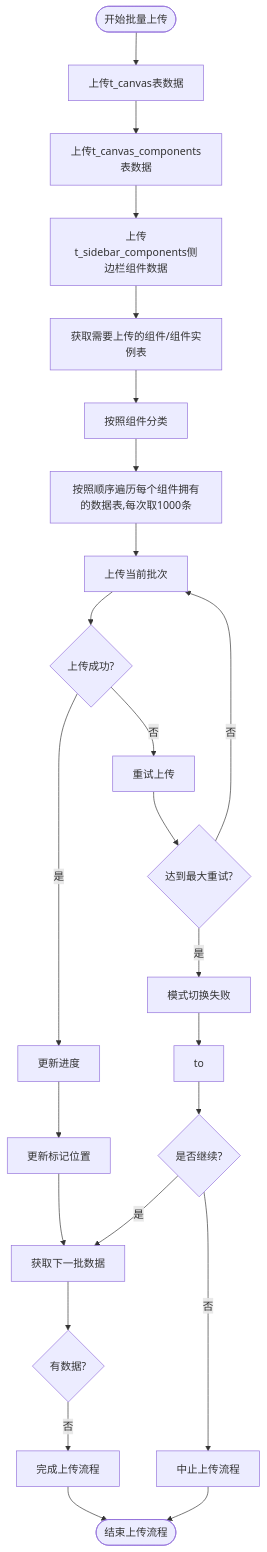
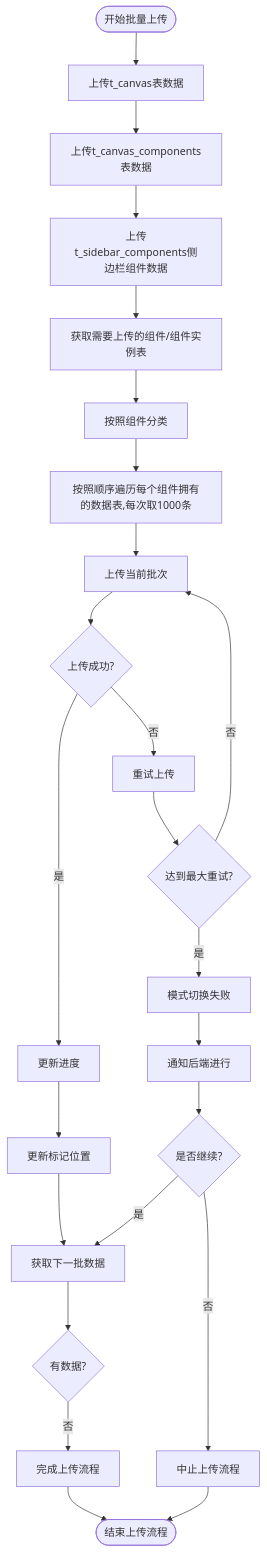
The diagram in all/未命名-51.md (yingjianzh/iodraw-files), drawn with Mermaid before and after one commit.

Commit message:
2025-05-08 17:35:47 update

````diff
--- a/all/未命名-51.md
+++ b/all/未命名-51.md
@@ -1,35 +1,35 @@
 ```mermaid
 flowchart TD
     Start([开始批量上传]) --> UploadSpaceData[上传t_canvas表数据]
     UploadSpaceData --> UploadComponentListData[上传t_canvas_components表数据]
     UploadComponentListData --> UploadSiderComponent[上传t_sidebar_components侧边栏组件数据]
     UploadSiderComponent --> FetchData[获取需要上传的组件/组件实例表]
     FetchData --> ClassifyData[按照组件分类]
     ClassifyData --> UploadData[按照顺序遍历每个组件拥有的数据表,每次取1000条]
     UploadData --> UploadBatch[上传当前批次]
     
     UpdateProgress --> UpdateMarker[更新标记位置]
     UpdateMarker --> FetchNextBatch[获取下一批数据]
     
     FetchNextBatch --> CheckResults{有数据?}
     CheckResults -->|否| CompleteUpload[完成上传流程]
      
     
     UploadBatch --> UploadSuccess{上传成功?}
     UploadSuccess -->|是| UpdateProgress[更新进度]
     UploadSuccess -->|否| RetryUpload[重试上传]
     
     RetryUpload --> MaxRetries{达到最大重试?}
     MaxRetries -->|否| UploadBatch
     MaxRetries -->|是| ErrorHandling[模式切换失败]
     
-    ErrorHandling --> ReportError[to]
+    ErrorHandling --> ReportError[通知后端进行]
     ReportError --> ContinueOption{是否继续?}
     ContinueOption -->|是| FetchNextBatch
     ContinueOption -->|否| AbortProcess[中止上传流程]
     
     
     
     CompleteUpload --> End([结束上传流程])
     AbortProcess --> End
 ```
````
